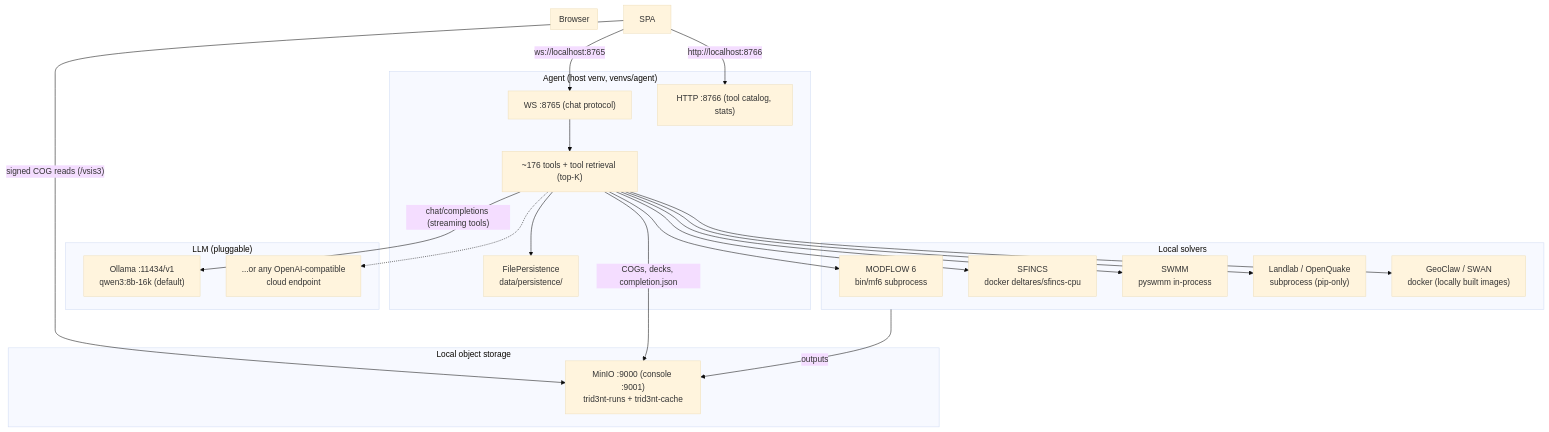
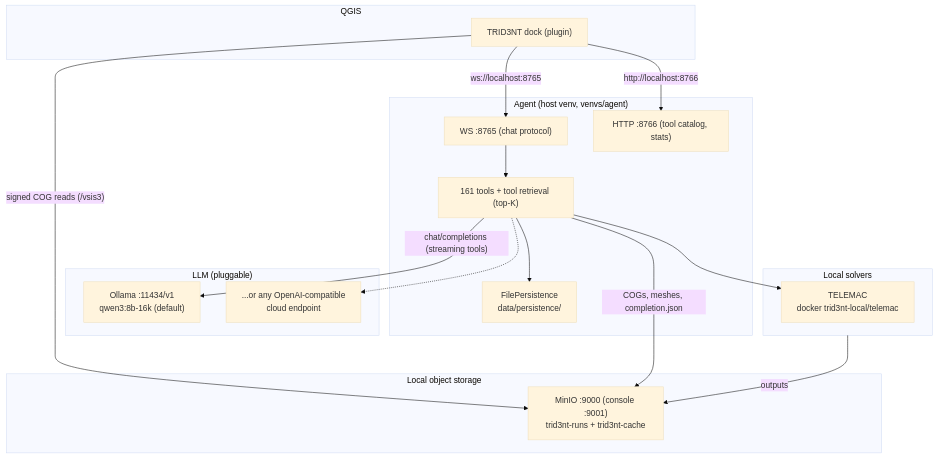
The diagram in docs/site/overview.md (double-r-squared/trid3nt-qgis-plugin), drawn with Mermaid (base theme) before and after one commit. The commit also changed other lines of this file and 18 other files, not shown here.

````diff
--- a/docs/site/overview.md
+++ b/docs/site/overview.md
@@ -41,44 +39,37 @@
 ```mermaid
 graph TD
-    subgraph Browser["Browser"]
+    subgraph Client["QGIS"]
+        Dock["TRID3NT dock (plugin)"]
     end
 
     subgraph Agent["Agent (host venv, venvs/agent)"]
         WS["WS :8765 (chat protocol)"]
         HTTP["HTTP :8766 (tool catalog, stats)"]
-        Tools["~176 tools + tool retrieval (top-K)"]
+        Tools["161 tools + tool retrieval (top-K)"]
         FP["FilePersistence\ndata/persistence/"]
     end
 
     subgraph LLM["LLM (pluggable)"]
         Ollama["Ollama :11434/v1\nqwen3:8b-16k (default)"]
         CloudAPI["...or any OpenAI-compatible\ncloud endpoint"]
     end
 
     subgraph Storage["Local object storage"]
         MinIO["MinIO :9000 (console :9001)\ntrid3nt-runs + trid3nt-cache"]
     end
 
     subgraph Solvers["Local solvers"]
-        MF6["MODFLOW 6\nbin/mf6 subprocess"]
-        SFINCS["SFINCS\ndocker deltares/sfincs-cpu"]
-        SWMM["SWMM\npyswmm in-process"]
-        Pip["Landlab / OpenQuake\nsubprocess (pip-only)"]
-        Fortran["GeoClaw / SWAN\ndocker (locally built images)"]
+        TELEMAC["TELEMAC\ndocker trid3nt-local/telemac"]
     end
 
-    SPA -- "ws://localhost:8765" --> WS
-    SPA -- "http://localhost:8766" --> HTTP
-    SPA -- "signed COG reads (/vsis3)" --> MinIO
+    Dock -- "ws://localhost:8765" --> WS
+    Dock -- "http://localhost:8766" --> HTTP
+    Dock -- "signed COG reads (/vsis3)" --> MinIO
     WS --> Tools
     Tools -- "chat/completions (streaming tools)" --> Ollama
     Tools -.-> CloudAPI
     Tools --> FP
-    Tools -- "COGs, decks, completion.json" --> MinIO
-    Tools --> MF6
-    Tools --> SFINCS
-    Tools --> SWMM
-    Tools --> Pip
-    Tools --> Fortran
+    Tools -- "COGs, meshes, completion.json" --> MinIO
+    Tools --> TELEMAC
     Solvers -- "outputs" --> MinIO
 ```
````
